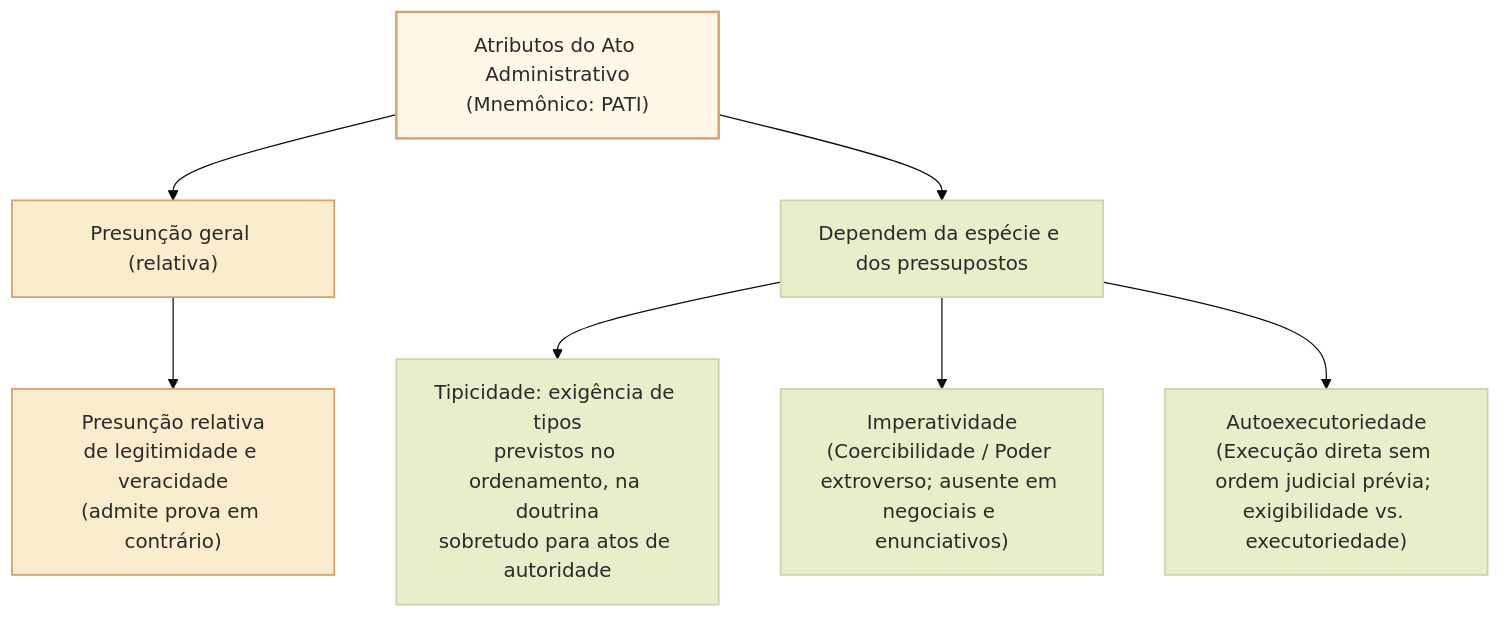
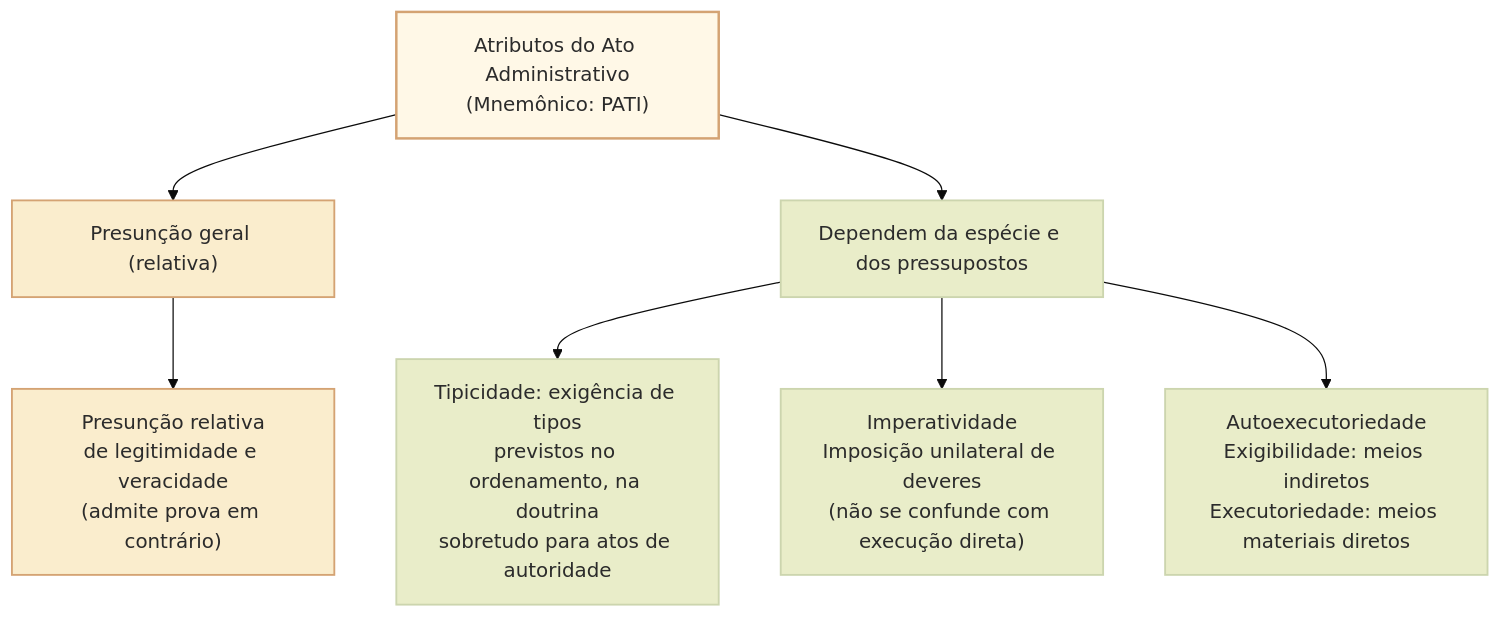
The first of 2 diagrams in 3 - Materias/Direito Administrativo/15 - atributos do ato administrativo presuncao imperatividade autoexecutoriedade e tipicidade.md (leorruas/concursos), drawn with Mermaid (base theme) before and after one commit. The commit also changed other lines of this file, not shown here.

Commit message:
docs(DAD15): distinguir imperatividade, coerção e execução direta e exemplificar sanções

````diff
--- a/3 - Materias/Direito Administrativo/15 - atributos do ato administrativo presuncao imperatividade autoexecutoriedade e tipicidade.md
+++ b/3 - Materias/Direito Administrativo/15 - atributos do ato administrativo presuncao imperatividade autoexecutoriedade e tipicidade.md
@@ -16,17 +16,17 @@
 ```mermaid
 flowchart TD
     classDef raiz fill:#fff8e7,stroke:#d4a373,stroke-width:2px,color:#2b2b2b;
     classDef universal fill:#faedcd,stroke:#d4a373,stroke-width:1.5px,color:#2b2b2b;
     classDef condicional fill:#e9edc9,stroke:#ccd5ae,stroke-width:1.5px,color:#2b2b2b;
 
     A["Atributos do Ato Administrativo<br/>(Mnemônico: PATI)"]:::raiz
 
     A --> B["Presunção geral (relativa)"]:::universal
     A --> C["Dependem da espécie e dos pressupostos"]:::condicional
 
     B --> D["Presunção relativa<br/>de legitimidade e veracidade<br/>(admite prova em contrário)"]:::universal
     C --> E["Tipicidade: exigência de tipos<br/>previstos no ordenamento, na doutrina<br/>sobretudo para atos de autoridade"]:::condicional
 
-    C --> F["Imperatividade<br/>(Coercibilidade / Poder extroverso; ausente em negociais e enunciativos)"]:::condicional
-    C --> G["Autoexecutoriedade<br/>(Execução direta sem ordem judicial prévia; exigibilidade vs. executoriedade)"]:::condicional
+    C --> F["Imperatividade<br/>Imposição unilateral de deveres<br/>(não se confunde com execução direta)"]:::condicional
+    C --> G["Autoexecutoriedade<br/>Exigibilidade: meios indiretos<br/>Executoriedade: meios materiais diretos"]:::condicional
 ```
````
